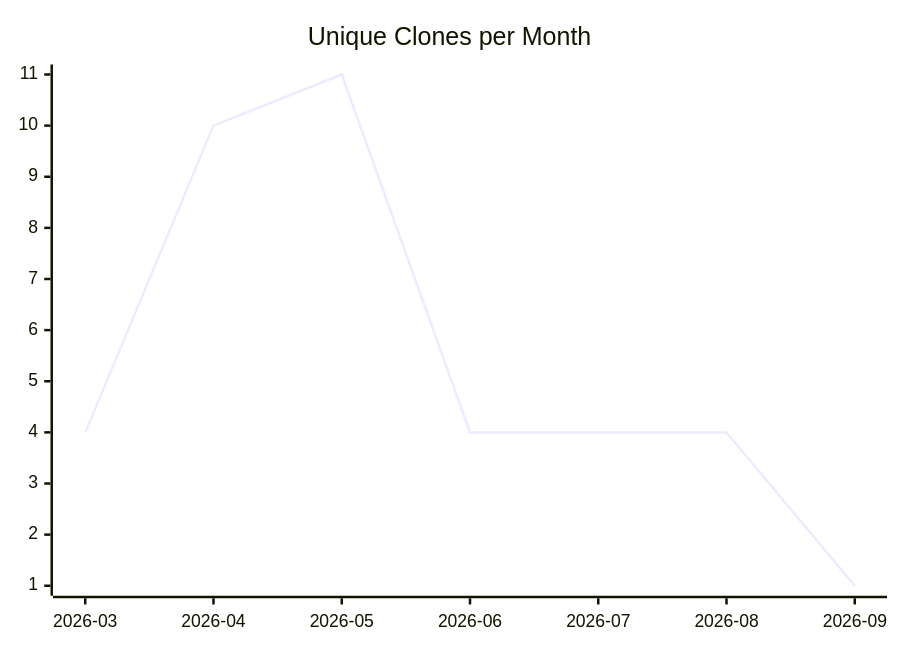
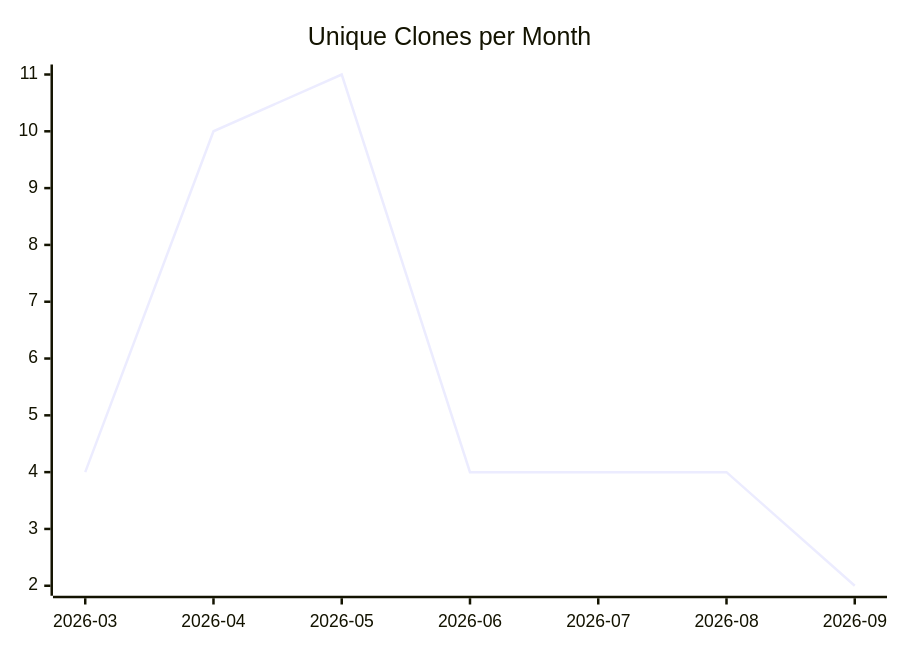
One commit to justdavis-family/github-analytics-data changed the third of 3 diagrams in karlmdavis/workstation-base-ansible-role/README.md. Above: the diagram before and after it, drawn with Mermaid. The commit also changed other lines of this file and 196 other files, not shown here.

````diff
--- a/karlmdavis/workstation-base-ansible-role/README.md
+++ b/karlmdavis/workstation-base-ansible-role/README.md
@@ -19,6 +19,6 @@
 ```mermaid
 xychart-beta
   title "Unique Clones per Month"
   x-axis ["2026-03", "2026-04", "2026-05", "2026-06", "2026-07", "2026-08", "2026-09"]
-  line [4, 10, 11, 4, 4, 4, 1]
+  line [4, 10, 11, 4, 4, 4, 2]
 ```
````
